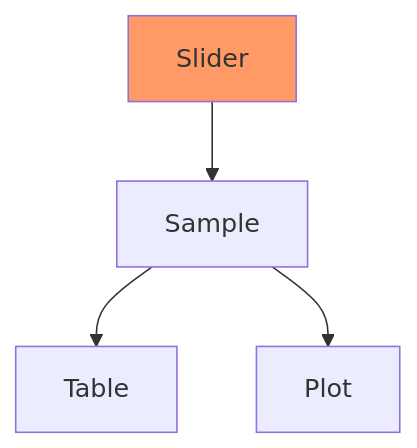
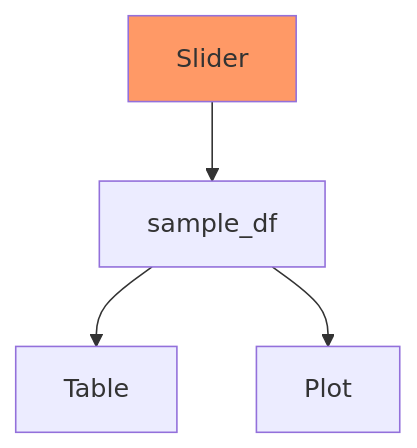
The ninth of 19 diagrams in docs/reactivity-calc-slides.qmd (posit-dev/intro-to-shiny-for-python), drawn with Mermaid before and after one commit. The commit also changed other lines of this file and 21 other files, not shown here.

````diff
--- a/docs/reactivity-calc-slides.qmd
+++ b/docs/reactivity-calc-slides.qmd
@@ -203,8 +207,8 @@
 ```{mermaid}
 flowchart TD
-  Sl[Slider]:::changed --> S[Sample]
+  Sl[Slider]:::changed --> S[sample_df]
   S --> T[Table]
   S --> P[Plot]
   
   classDef changed fill:#f96
 ```
````
